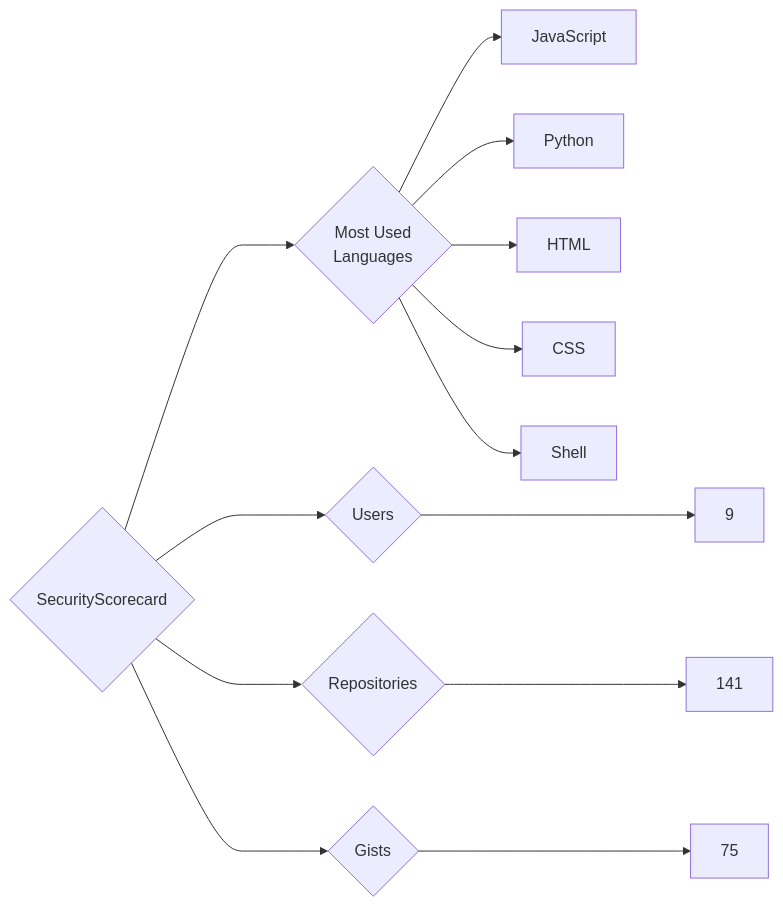
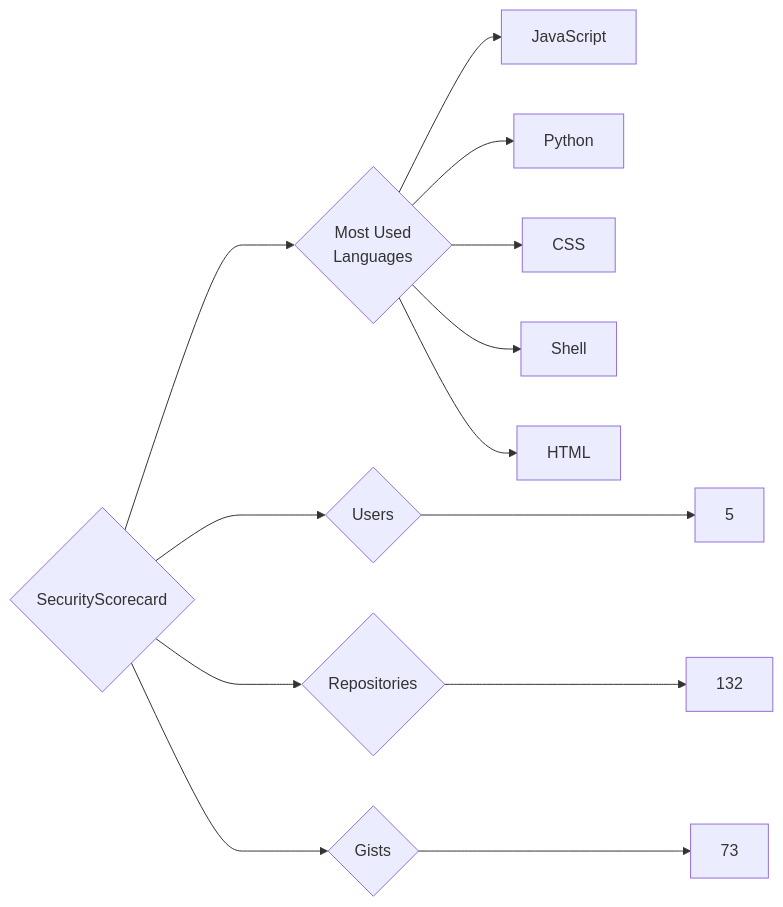
Before and after one commit to trickest/insiders: the diagram in targets/SecurityScorecard/README.md, drawn with Mermaid. The commit also changed 965 other files, not shown here.

````diff
--- a/targets/SecurityScorecard/README.md
+++ b/targets/SecurityScorecard/README.md
@@ -3,13 +3,13 @@
 ```mermaid
 graph LR
 COMPANY_NAME{SecurityScorecard}
-COMPANY_NAME ---> U{Users} ---> UN[9]
-COMPANY_NAME ---> R{Repositories} ---> RN[141]
-COMPANY_NAME ---> G{Gists} ---> GN[75]
+COMPANY_NAME ---> U{Users} ---> UN[5]
+COMPANY_NAME ---> R{Repositories} ---> RN[132]
+COMPANY_NAME ---> G{Gists} ---> GN[73]
 COMPANY_NAME ---> ML{Most Used<br>Languages}
 ML --> JavaScript[JavaScript]
 ML --> Python[Python]
-ML --> HTML[HTML]
 ML --> CSS[CSS]
 ML --> Shell[Shell]
+ML --> HTML[HTML]
 ```
````
